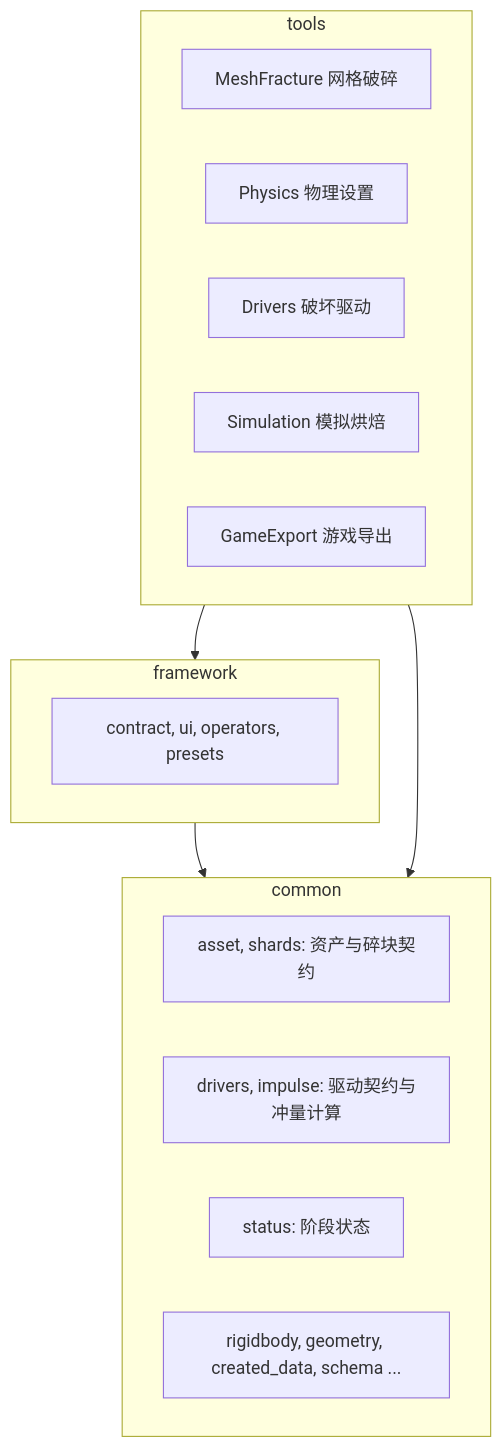
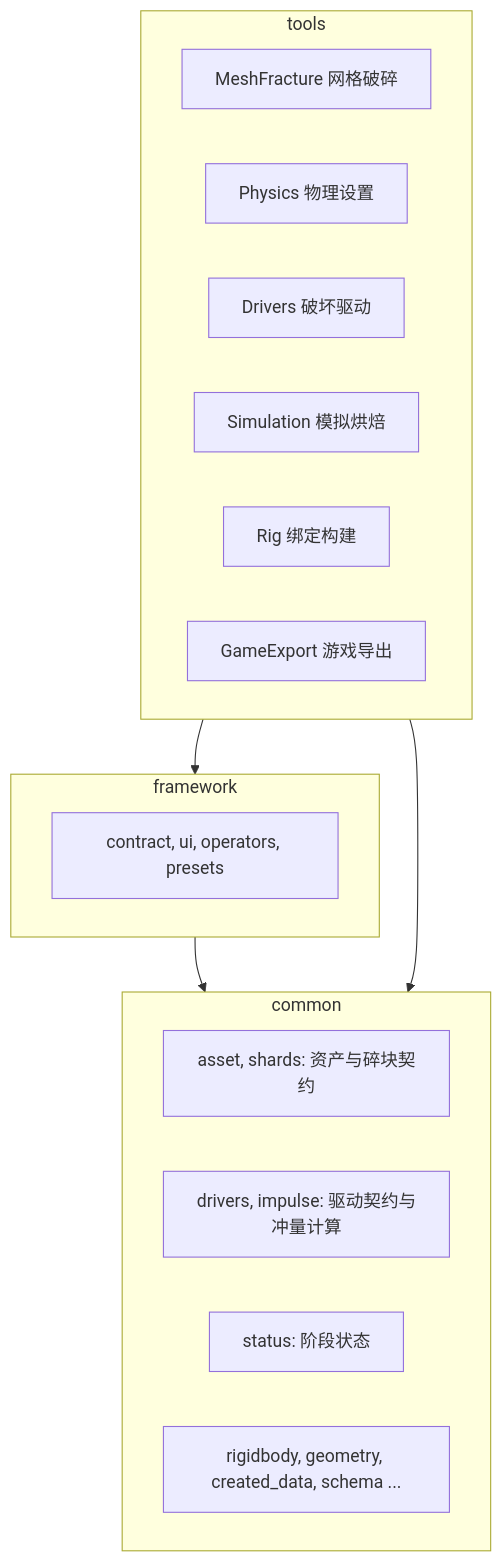
Before and after one commit to RIPTIDE-z/QuickDestruction: the diagram in doc/开发文档/Architecture.md, drawn with Mermaid. The commit also changed other lines of this file and 52 other files, not shown here.

````diff
--- a/doc/开发文档/Architecture.md
+++ b/doc/开发文档/Architecture.md
@@ -14,21 +14,22 @@
 ```mermaid
 flowchart TB
     subgraph tools
         MF[MeshFracture 网格破碎]
         PH[Physics 物理设置]
         DR[Drivers 破坏驱动]
         SI[Simulation 模拟烘焙]
+        RG[Rig 绑定构建]
         GE[GameExport 游戏导出]
     end
     subgraph framework
         F[contract, ui, operators, presets]
     end
     subgraph common
         C1[asset, shards: 资产与碎块契约]
         C2[drivers, impulse: 驱动契约与冲量计算]
         C3[status: 阶段状态]
         C4[rigidbody, geometry, created_data, schema ...]
     end
     tools --> framework --> common
     tools --> common
 ```
````
